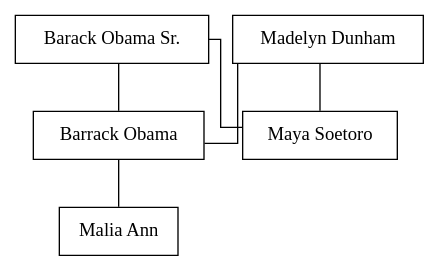
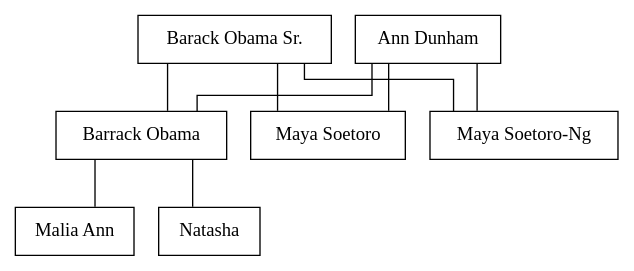
Before and after one commit to GlennOlsson/CSC482-FinalProj: the diagram in output.dot, drawn with Graphviz. The commit also changed 5 other files, not shown here.

```diff
--- a/output.dot
+++ b/output.dot
@@ -1,16 +1,21 @@
 
 digraph
 {
 splines = ortho;
-BarrackObama185242820919437696817982698244822446587 [shape=box, label = "Barrack Obama", color = black];
-BarackObamaSr328582128750649801788122687309991595235 [shape=box, label = "Barack Obama Sr.", color = black];
-MayaSoetoro302398333111999541494532860496408940378 [shape=box, label = "Maya Soetoro", color = black];
-MadelynDunham163662805704089958918077819895618785302 [shape=box, label = "Madelyn Dunham", color = black];
-MaliaAnn303439682565647179326011096185045921656 [shape=box, label = "Malia Ann", color = black];
+BarrackObama183352286198226809639011086190218696308 [shape=box, label = "Barrack Obama", color = black];
+BarackObamaSr145229595279098835005452095343968928966 [shape=box, label = "Barack Obama Sr.", color = black];
+MayaSoetoro171657402708761699146577553394371396495 [shape=box, label = "Maya Soetoro", color = black];
+AnnDunham313772903123521456081563374208754366887 [shape=box, label = "Ann Dunham", color = black];
+MayaSoetoroNg205391565886026930251390410821567343465 [shape=box, label = "Maya Soetoro-Ng", color = black];
+MaliaAnn90529518237914123934197632245762658809 [shape=box, label = "Malia Ann", color = black];
+Natasha313621996987636864106347157449275710543 [shape=box, label = "Natasha", color = black];
 
-MadelynDunham163662805704089958918077819895618785302 -> BarrackObama185242820919437696817982698244822446587 [dir=none];
-BarackObamaSr328582128750649801788122687309991595235 -> BarrackObama185242820919437696817982698244822446587 [dir=none];
-BarrackObama185242820919437696817982698244822446587 -> MaliaAnn303439682565647179326011096185045921656 [dir=none];
-MadelynDunham163662805704089958918077819895618785302 -> MayaSoetoro302398333111999541494532860496408940378 [dir=none];
-BarackObamaSr328582128750649801788122687309991595235 -> MayaSoetoro302398333111999541494532860496408940378 [dir=none];
+BarackObamaSr145229595279098835005452095343968928966 -> MayaSoetoro171657402708761699146577553394371396495 [dir=none];
+BarrackObama183352286198226809639011086190218696308 -> Natasha313621996987636864106347157449275710543 [dir=none];
+AnnDunham313772903123521456081563374208754366887 -> MayaSoetoroNg205391565886026930251390410821567343465 [dir=none];
+AnnDunham313772903123521456081563374208754366887 -> MayaSoetoro171657402708761699146577553394371396495 [dir=none];
+BarackObamaSr145229595279098835005452095343968928966 -> BarrackObama183352286198226809639011086190218696308 [dir=none];
+BarrackObama183352286198226809639011086190218696308 -> MaliaAnn90529518237914123934197632245762658809 [dir=none];
+AnnDunham313772903123521456081563374208754366887 -> BarrackObama183352286198226809639011086190218696308 [dir=none];
+BarackObamaSr145229595279098835005452095343968928966 -> MayaSoetoroNg205391565886026930251390410821567343465 [dir=none];
 }
```
